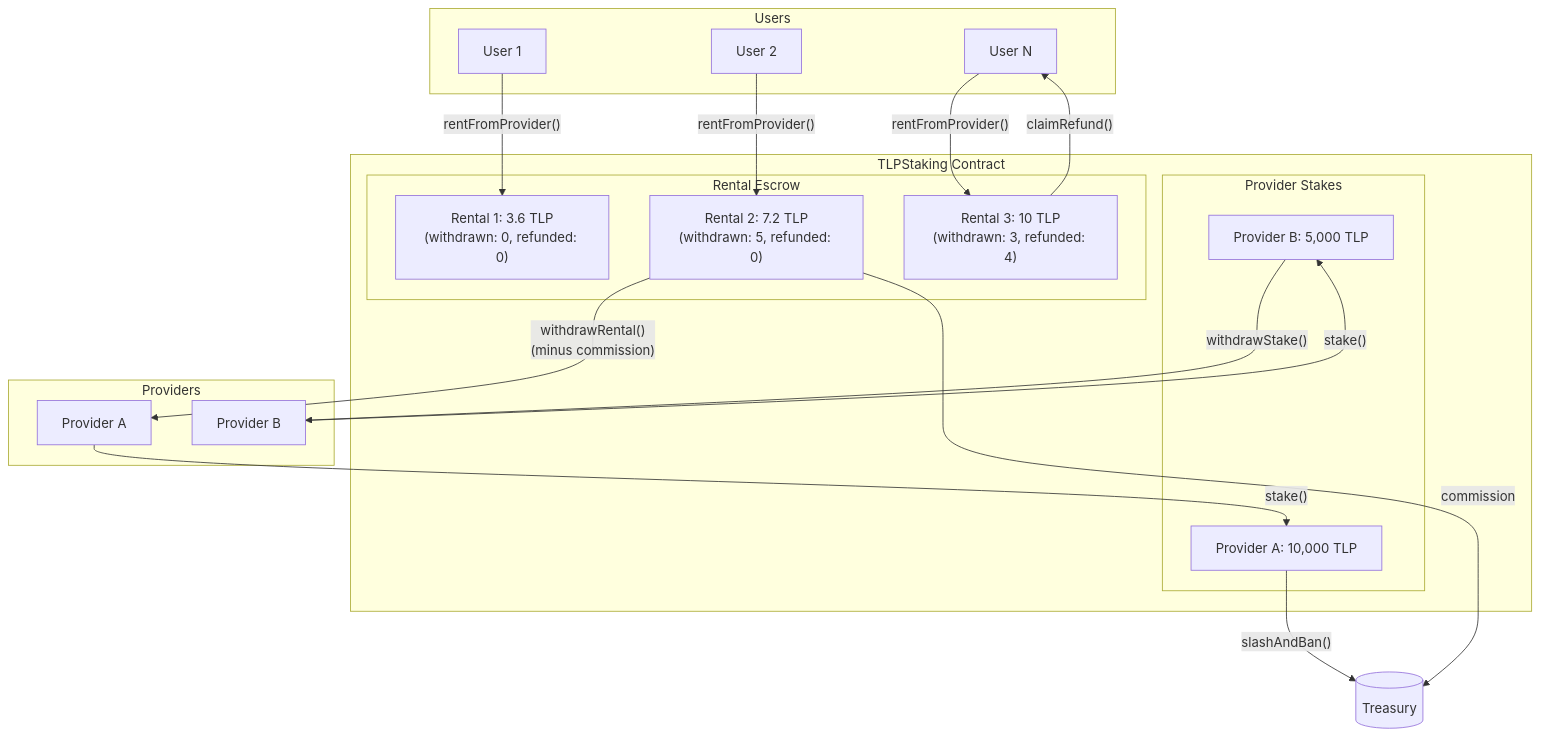
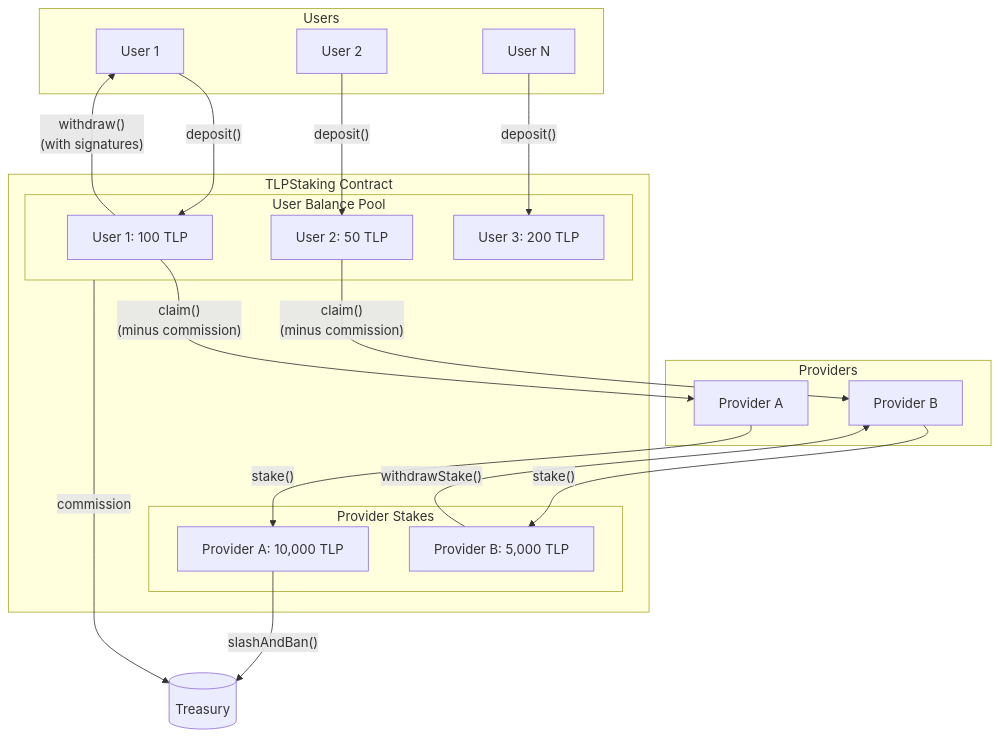
One commit to TimeleapLabs/tlp-contracts changed the tenth of 10 diagrams in docs/flowcharts.md. Above: the diagram before and after it, drawn with Mermaid. The commit also changed other lines of this file and 10 other files, not shown here.

First line of the commit message:
Simplify TLPStaking to pool-based escrow architecture

````diff
--- a/docs/flowcharts.md
+++ b/docs/flowcharts.md
@@ -318,42 +349,44 @@
 ```mermaid
 flowchart TB
     subgraph users["Users"]
         U1[User 1]
         U2[User 2]
         U3[User N]
     end
 
     subgraph contract["TLPStaking Contract"]
         subgraph stakes["Provider Stakes"]
             PS1[Provider A: 10,000 TLP]
             PS2[Provider B: 5,000 TLP]
         end
 
-        subgraph rentals["Rental Escrow"]
-            R1["Rental 1: 3.6 TLP<br/>(withdrawn: 0, refunded: 0)"]
-            R2["Rental 2: 7.2 TLP<br/>(withdrawn: 5, refunded: 0)"]
-            R3["Rental 3: 10 TLP<br/>(withdrawn: 3, refunded: 4)"]
+        subgraph pool["User Balance Pool"]
+            UB1["User 1: 100 TLP"]
+            UB2["User 2: 50 TLP"]
+            UB3["User 3: 200 TLP"]
         end
     end
 
     subgraph providers["Providers"]
         P1[Provider A]
         P2[Provider B]
     end
 
     Treasury[(Treasury)]
 
-    U1 -->|"rentFromProvider()"| R1
-    U2 -->|"rentFromProvider()"| R2
-    U3 -->|"rentFromProvider()"| R3
+    U1 -->|"deposit()"| UB1
+    U2 -->|"deposit()"| UB2
+    U3 -->|"deposit()"| UB3
 
     P1 -->|"stake()"| PS1
     P2 -->|"stake()"| PS2
 
-    R2 -->|"withdrawRental()<br/>(minus commission)"| P1
-    R2 -->|"commission"| Treasury
-    R3 -->|"claimRefund()"| U3
+    UB1 -->|"claim()<br/>(minus commission)"| P1
+    UB1 -->|"withdraw()<br/>(with signatures)"| U1
+    UB2 -->|"claim()<br/>(minus commission)"| P2
+
+    pool -->|"commission"| Treasury
 
     PS1 -->|"slashAndBan()"| Treasury
     PS2 -->|"withdrawStake()"| P2
 ```
````
